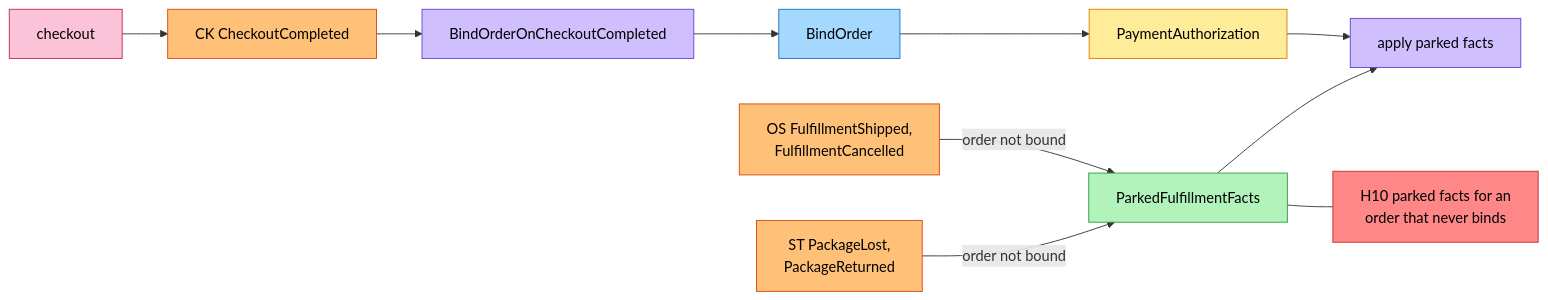
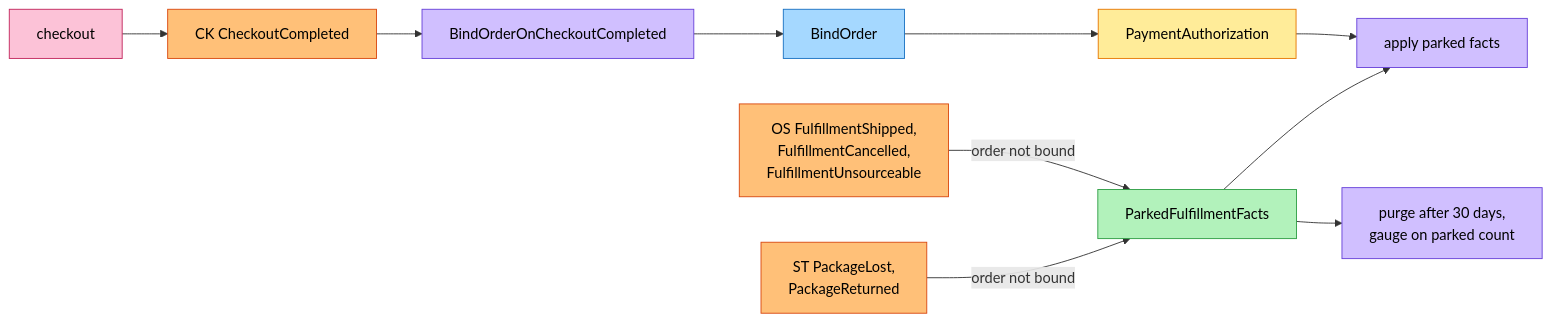
One commit to IQVO/warehouse-docs changed the second of 5 diagrams in storefront/docs/contexts/customer-payments/eventstorming.md. Above: the diagram before and after it, drawn with Mermaid. The commit also changed other lines of this file and 11 other files, not shown here.

````diff
--- a/storefront/docs/contexts/customer-payments/eventstorming.md
+++ b/storefront/docs/contexts/customer-payments/eventstorming.md
@@ -87,31 +82,30 @@
 ```mermaid
 flowchart LR
-    OS["OS FulfillmentShipped,<br/>FulfillmentCancelled"]:::event
+    OS["OS FulfillmentShipped,<br/>FulfillmentCancelled,<br/>FulfillmentUnsourceable"]:::event
     ST["ST PackageLost,<br/>PackageReturned"]:::event
     CK["checkout"]:::external
     E4["CK CheckoutCompleted"]:::event
     RM0["ParkedFulfillmentFacts"]:::readmodel
     P1["BindOrderOnCheckoutCompleted"]:::policy
     C2["BindOrder"]:::command
     G1["PaymentAuthorization"]:::aggregate
     P2["apply parked facts"]:::policy
-    H10["H10 parked facts for an<br/>order that never binds"]:::hotspot
+    PU["purge after 30 days,<br/>gauge on parked count"]:::policy
 
     OS -->|order not bound| RM0
     ST -->|order not bound| RM0
     CK --> E4
     E4 --> P1
     P1 --> C2
     C2 --> G1
     G1 --> P2
     RM0 --> P2
-    RM0 --- H10
+    RM0 --> PU
 
     classDef command fill:#a5d8ff,stroke:#1971c2,color:#000
     classDef aggregate fill:#ffec99,stroke:#e67700,color:#000
     classDef event fill:#ffc078,stroke:#d9480f,color:#000
     classDef policy fill:#d0bfff,stroke:#6741d9,color:#000
     classDef readmodel fill:#b2f2bb,stroke:#2f9e44,color:#000
     classDef external fill:#fcc2d7,stroke:#c2255c,color:#000
-    classDef hotspot fill:#ff8787,stroke:#c92a2a,color:#000
 ```
````
